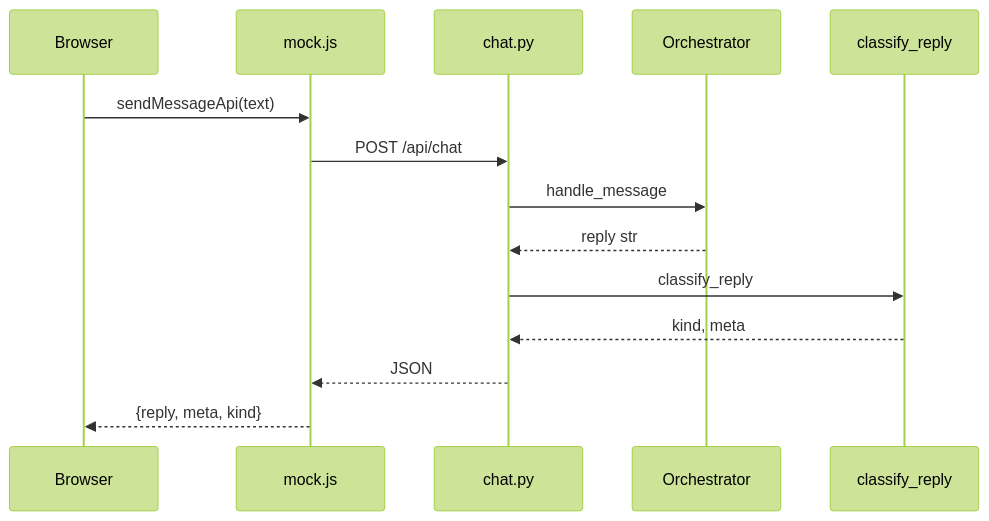
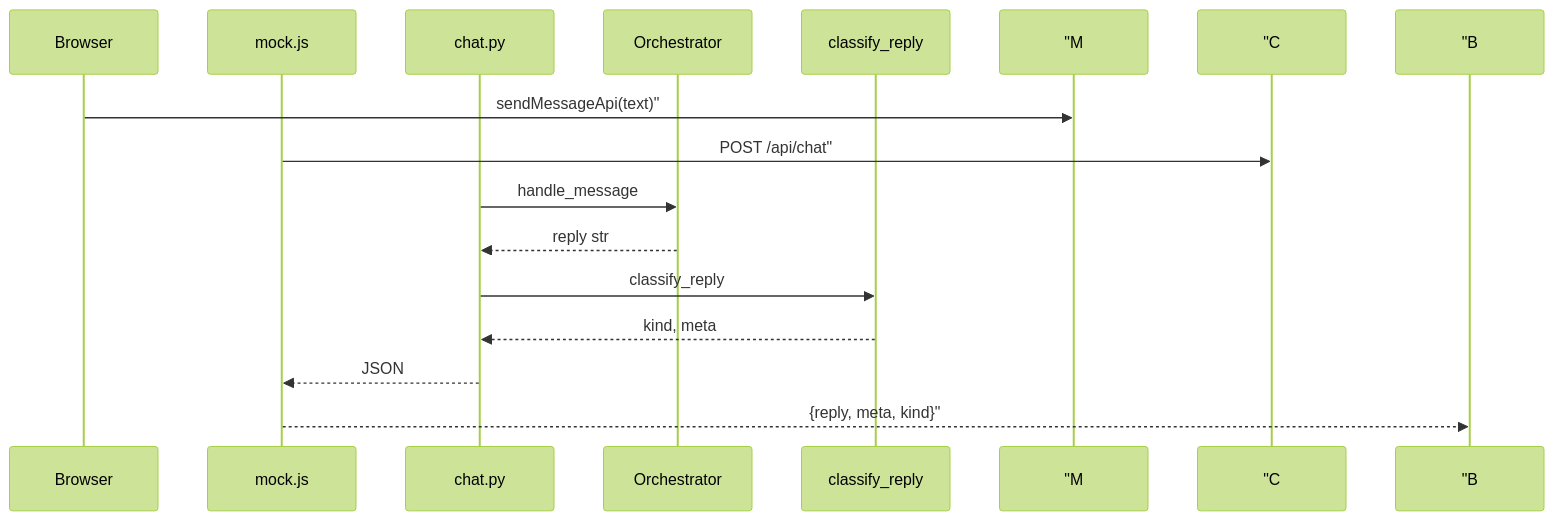
The diagram in course/day23/20_完整代码走查.md (ab6539763/70_days_course_plus), drawn with Mermaid (forest theme) before and after one commit. The commit also changed 134 other files, not shown here.

````diff
--- a/course/day23/20_完整代码走查.md
+++ b/course/day23/20_完整代码走查.md
@@ -57,17 +57,17 @@
 ```mermaid
 sequenceDiagram
     participant B as Browser
     participant M as mock.js
     participant C as chat.py
     participant O as Orchestrator
     participant P as classify_reply
 
-    B->>M: sendMessageApi(text)
-    M->>C: POST /api/chat
+    B->> "M: sendMessageApi(text)"
+    M->> "C: POST /api/chat"
     C->>O: handle_message
     O-->>C: reply str
     C->>P: classify_reply
     P-->>C: kind, meta
     C-->>M: JSON
-    M-->>B: {reply, meta, kind}
+    M-->> "B: {reply, meta, kind}"
 ```
````
